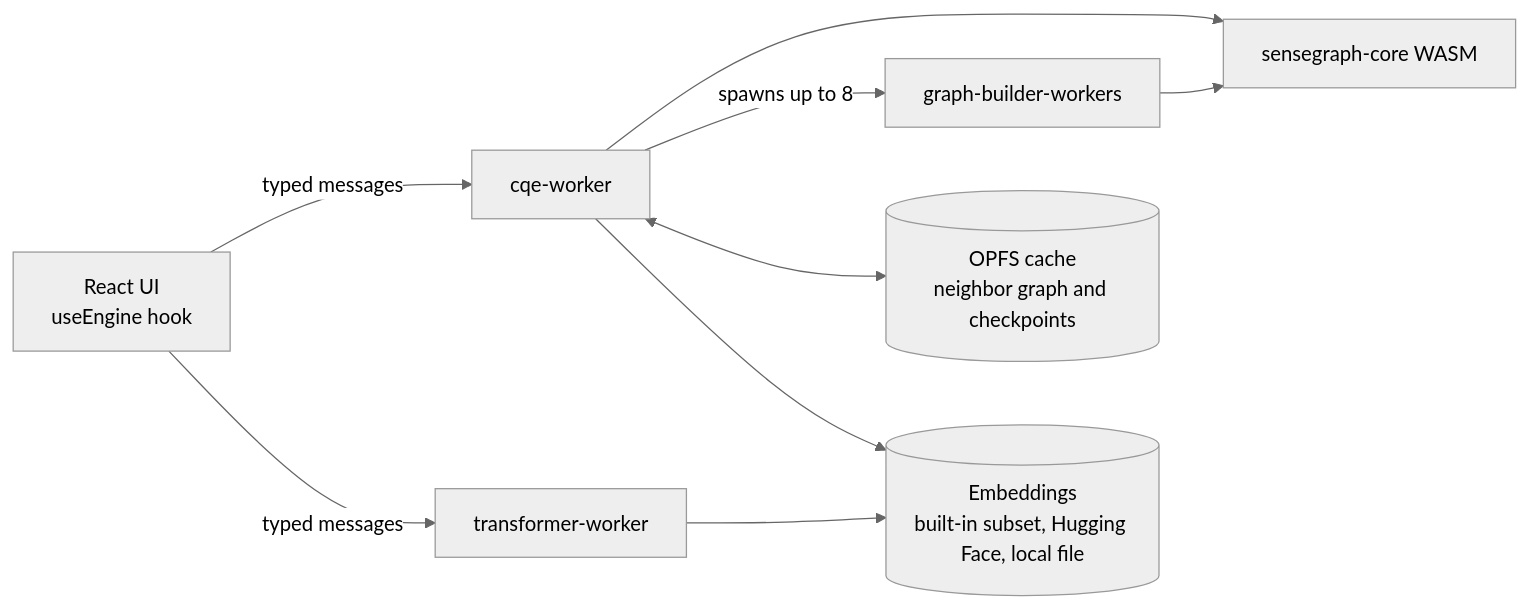
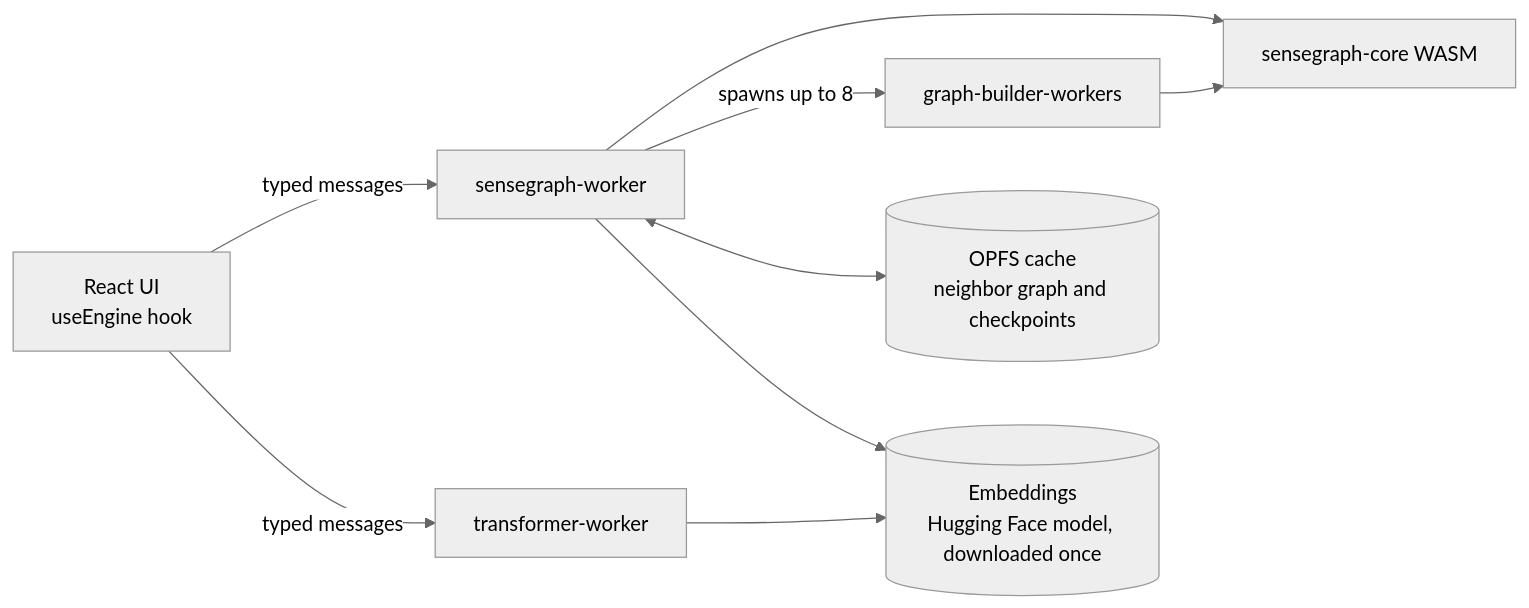
One commit to pixytech/SenseGraph changed the diagram in README.md. Above: the diagram before and after it, drawn with Mermaid (neutral theme). The commit also changed other lines of this file and 17 other files, not shown here.

````diff
--- a/README.md
+++ b/README.md
@@ -89,11 +89,11 @@
 ```mermaid
 flowchart LR
-  UI["React UI<br/>useEngine hook"] -->|typed messages| CW[cqe-worker]
+  UI["React UI<br/>useEngine hook"] -->|typed messages| CW[sensegraph-worker]
   UI -->|typed messages| TW[transformer-worker]
   CW --> WASM["sensegraph-core WASM"]
   CW -->|spawns up to 8| GB[graph-builder-workers]
   GB --> WASM
   CW <--> OPFS[("OPFS cache<br/>neighbor graph and checkpoints")]
-  CW --> SRC[("Embeddings<br/>built-in subset, Hugging Face, local file")]
+  CW --> SRC[("Embeddings<br/>Hugging Face model, downloaded once")]
   TW --> SRC
 ```
````
